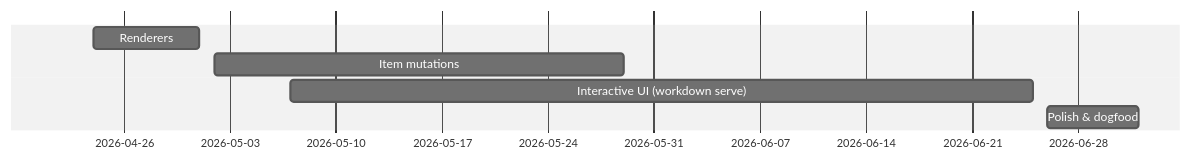
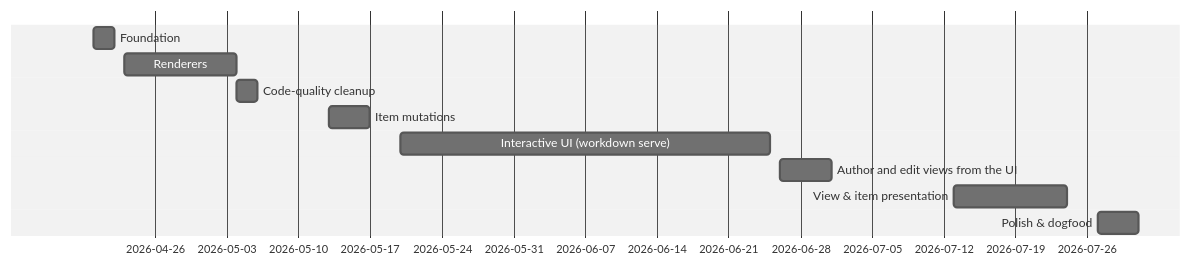
The second of 2 diagrams in views/roadmap-by-depth.md (jasdefer/Workdown), drawn with Mermaid (neutral theme) before and after one commit. The commit also changed other lines of this file and 54 other files, not shown here.

````diff
--- a/views/roadmap-by-depth.md
+++ b/views/roadmap-by-depth.md
@@ -15,8 +15,12 @@
 ```mermaid
 gantt
     dateFormat YYYY-MM-DD
-    Renderers :renderers, 2026-04-24, 2026-05-01
-    Item mutations :item-mutations, 2026-05-02, 2026-05-29
-    Interactive UI (workdown serve) :server, 2026-05-07, 2026-06-25
-    Polish & dogfood :polish, 2026-06-26, 2026-07-02
+    Foundation :foundation, 2026-04-20, 2026-04-22
+    Renderers :renderers, 2026-04-23, 2026-05-04
+    Code-quality cleanup :code-quality, 2026-05-04, 2026-05-06
+    Item mutations :item-mutations, 2026-05-13, 2026-05-17
+    Interactive UI (workdown serve) :server, 2026-05-20, 2026-06-25
+    Author and edit views from the UI :view-authoring, 2026-06-26, 2026-07-01
+    View & item presentation :view-presentation, 2026-07-13, 2026-07-24
+    Polish & dogfood :polish, 2026-07-27, 2026-07-31
 ```
````
